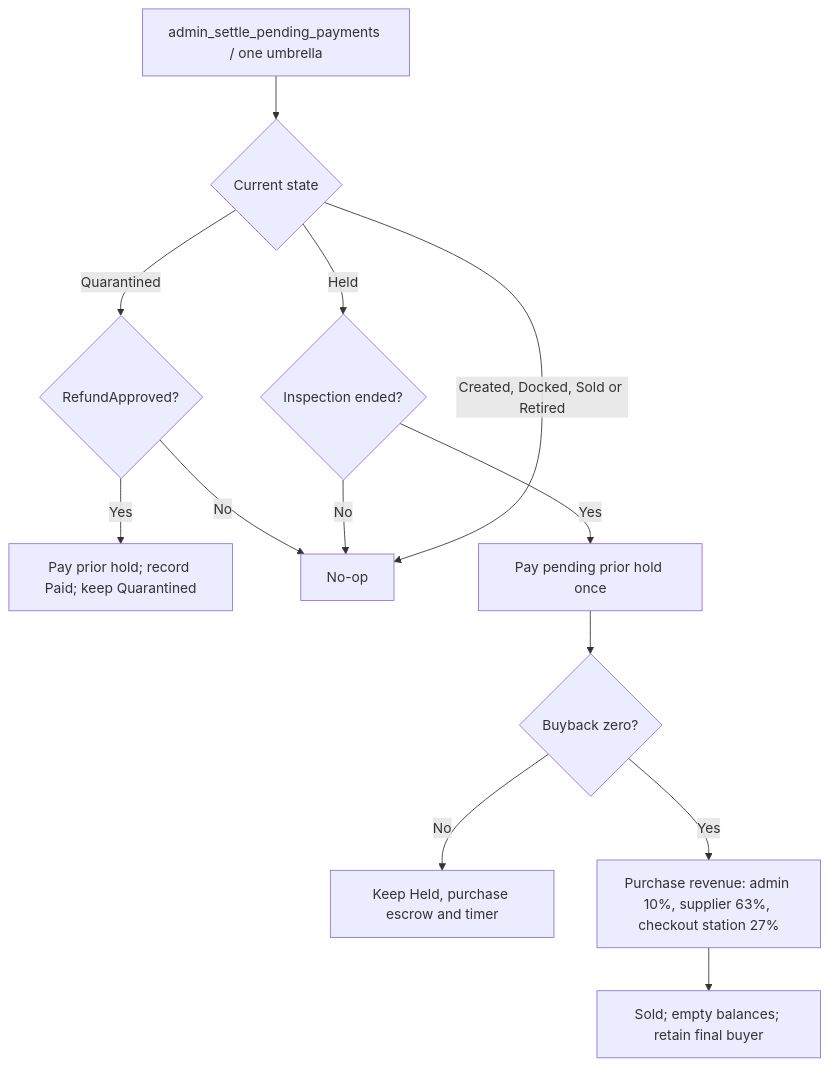
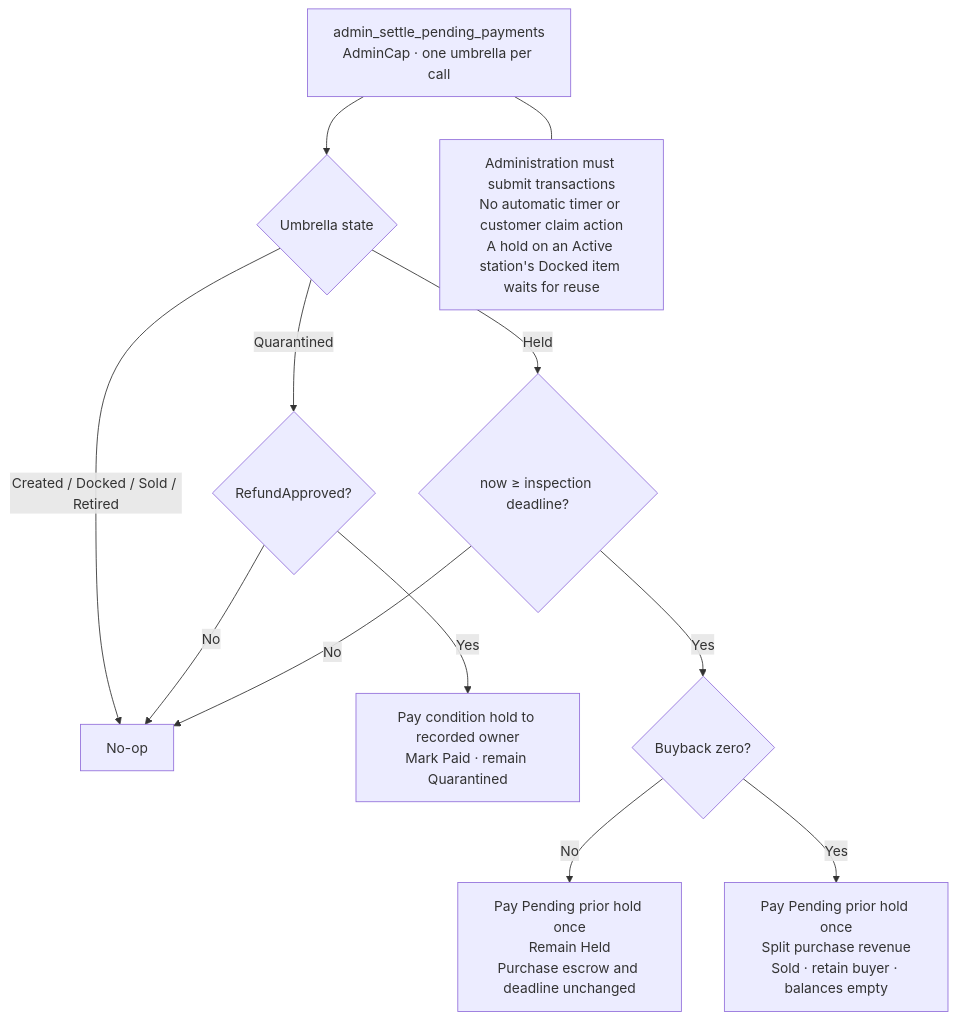
The sixth of 7 diagrams in docs/project-flows.md (towa-hi/sui-kirisame), drawn with Mermaid before and after one commit. The commit also changed other lines of this file, not shown here.

Commit message:
updated project-flows

````diff
--- a/docs/project-flows.md
+++ b/docs/project-flows.md
@@ -41,15 +112,15 @@
 ```mermaid
-flowchart TD
-    Sweep["admin_settle_pending_payments / one umbrella"] --> State{"Current state"}
-    State -->|Quarantined| Approved{"RefundApproved?"}
-    Approved -->|Yes| Refund["Pay prior hold; record Paid; keep Quarantined"]
-    Approved -->|No| Skip["No-op"]
-    State -->|Held| Deadline{"Inspection ended?"}
-    Deadline -->|No| Skip
-    Deadline -->|Yes| Prior["Pay pending prior hold once"]
-    Prior --> Zero{"Buyback zero?"}
-    Zero -->|No| Keep["Keep Held, purchase escrow and timer"]
-    Zero -->|Yes| Split["Purchase revenue: admin 10%, supplier 63%, checkout station 27%"]
-    Split --> Sold["Sold; empty balances; retain final buyer"]
-    State -->|Created, Docked, Sold or Retired| Skip
+flowchart TB
+    Sweep["admin_settle_pending_payments<br/>AdminCap · one umbrella per call"] --> State{"Umbrella state"}
+    State -->|"Created / Docked / Sold / Retired"| Noop["No-op"]
+    State -->|"Quarantined"| Approved{"RefundApproved?"}
+    Approved -->|"No"| Noop
+    Approved -->|"Yes"| Refund["Pay condition hold to recorded owner<br/>Mark Paid · remain Quarantined"]
+    State -->|"Held"| Deadline{"now ≥ inspection deadline?"}
+    Deadline -->|"No"| Noop
+    Deadline -->|"Yes"| Zero{"Buyback zero?"}
+    Zero -->|"No"| Held["Pay Pending prior hold once<br/>Remain Held<br/>Purchase escrow and deadline unchanged"]
+    Zero -->|"Yes"| Sold["Pay Pending prior hold once<br/>Split purchase revenue<br/>Sold · retain buyer · balances empty"]
+    Operations["Administration must submit transactions<br/>No automatic timer or customer claim action<br/>A hold on an Active station's Docked item waits for reuse"]
+    Sweep --- Operations
 ```
````
